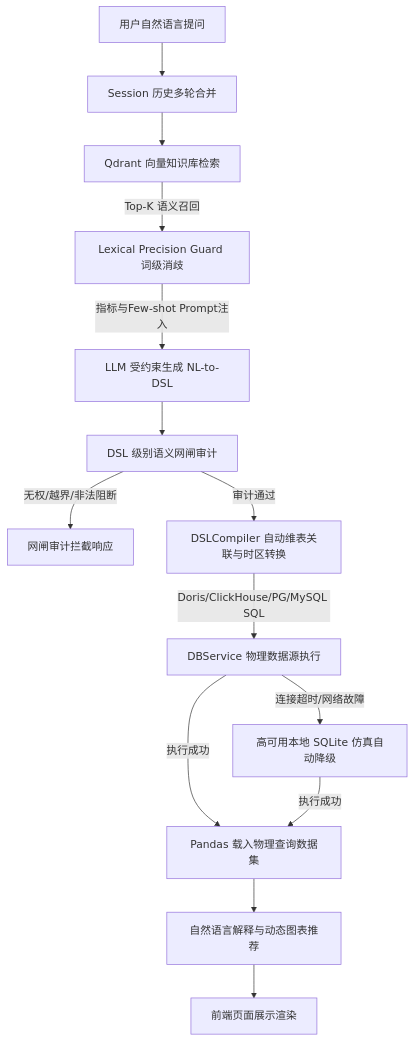
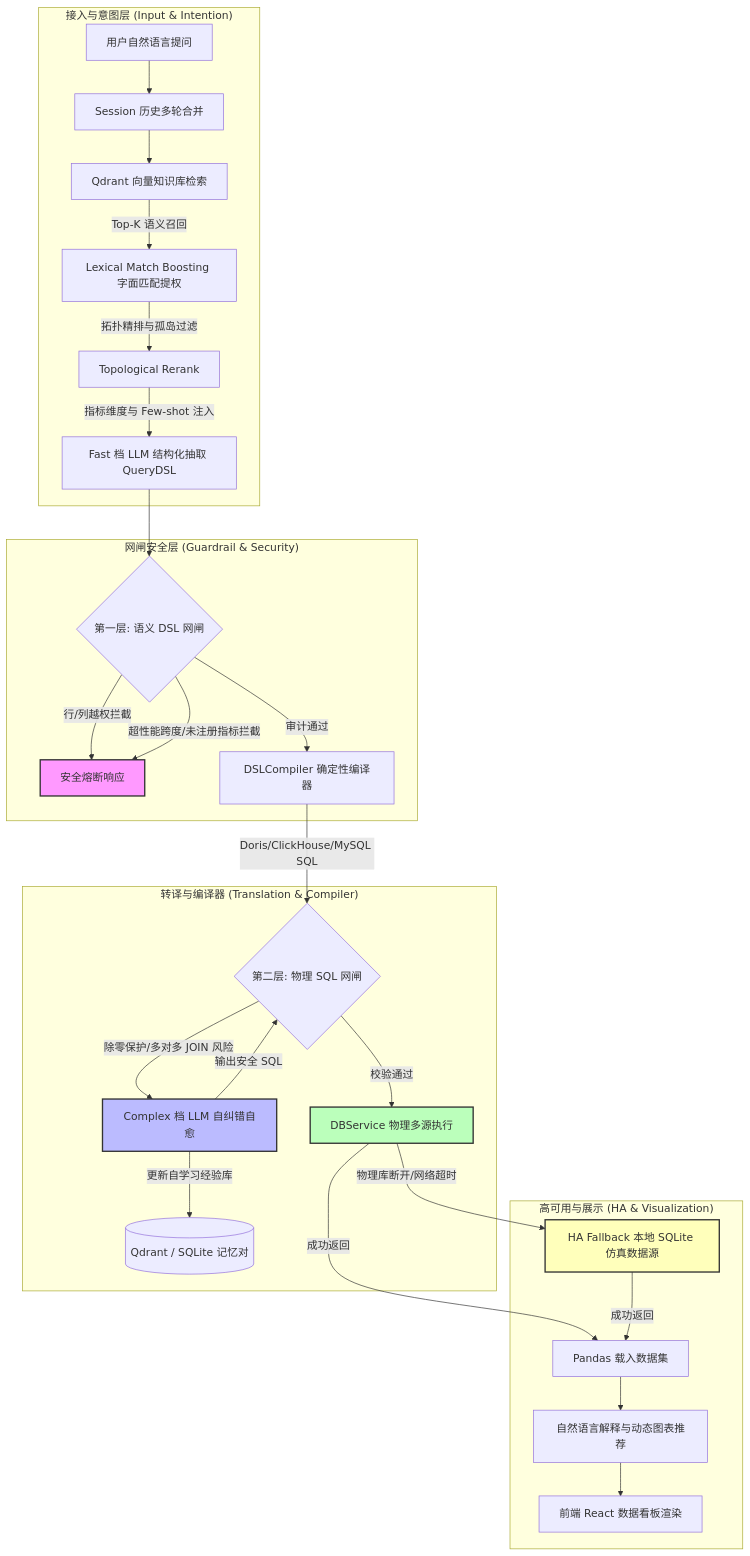
The diagram in README.md (Mdz-Bigdata/DataWareHouse-Agent), drawn with Mermaid before and after one commit. The commit also changed other lines of this file and 9 other files, not shown here.

````diff
--- a/README.md
+++ b/README.md
@@ -11,16 +13,38 @@
 ```mermaid
-graph TD
-    A[用户自然语言提问] --> B[Session 历史多轮合并]
-    B --> C[Qdrant 向量知识库检索]
-    C -->|Top-K 语义召回| D[Lexical Precision Guard 词级消歧]
-    D -->|指标与Few-shot Prompt注入| E[LLM 受约束生成 NL-to-DSL]
-    E --> F[DSL 级别语义网闸审计]
-    F -->|无权/越界/非法阻断| G[网闸审计拦截响应]
-    F -->|审计通过| H[DSLCompiler 自动维表关联与时区转换]
-    H -->|Doris/ClickHouse/PG/MySQL SQL| I[DBService 物理数据源执行]
-    I -->|连接超时/网络故障| J[高可用本地 SQLite 仿真自动降级]
-    I -->|执行成功| K[Pandas 载入物理查询数据集]
-    J -->|执行成功| K
-    K --> L[自然语言解释与动态图表推荐]
-    L --> M[前端页面展示渲染]
+flowchart TD
+    subgraph "接入与意图层 (Input & Intention)"
+        A[用户自然语言提问] --> B[Session 历史多轮合并]
+        B --> C[Qdrant 向量知识库检索]
+        C -->|Top-K 语义召回| D[Lexical Match Boosting 字面匹配提权]
+        D -->|拓扑精排与孤岛过滤| D2[Topological Rerank]
+        D2 -->|指标维度与 Few-shot 注入| E[Fast 档 LLM 结构化抽取 QueryDSL]
+    end
+
+    subgraph "网闸安全层 (Guardrail & Security)"
+        E --> F{第一层: 语义 DSL 网闸}
+        F -->|行/列越权拦截| G[安全熔断响应]
+        F -->|超性能跨度/未注册指标拦截| G
+        F -->|审计通过| H[DSLCompiler 确定性编译器]
+    end
+
+    subgraph "转译与编译器 (Translation & Compiler)"
+        H -->|Doris/ClickHouse/MySQL SQL| I{第二层: 物理 SQL 网闸}
+        I -->|除零保护/多对多 JOIN 风险| J[Complex 档 LLM 自纠错自愈]
+        J -->|更新自学习经验库| K[(Qdrant / SQLite 记忆对)]
+        J -->|输出安全 SQL| I
+        I -->|校验通过| L[DBService 物理多源执行]
+    end
+
+    subgraph "高可用与展示 (HA & Visualization)"
+        L -->|物理库断开/网络超时| M[HA Fallback 本地 SQLite 仿真数据源]
+        L -->|成功返回| N[Pandas 载入数据集]
+        M -->|成功返回| N
+        N --> O[自然语言解释与动态图表推荐]
+        O --> P[前端 React 数据看板渲染]
+    end
+    
+    style G fill:#f9f,stroke:#333,stroke-width:2px
+    style J fill:#bbf,stroke:#333,stroke-width:2px
+    style L fill:#bfb,stroke:#333,stroke-width:2px
+    style M fill:#ffb,stroke:#333,stroke-width:2px
 ```
````
